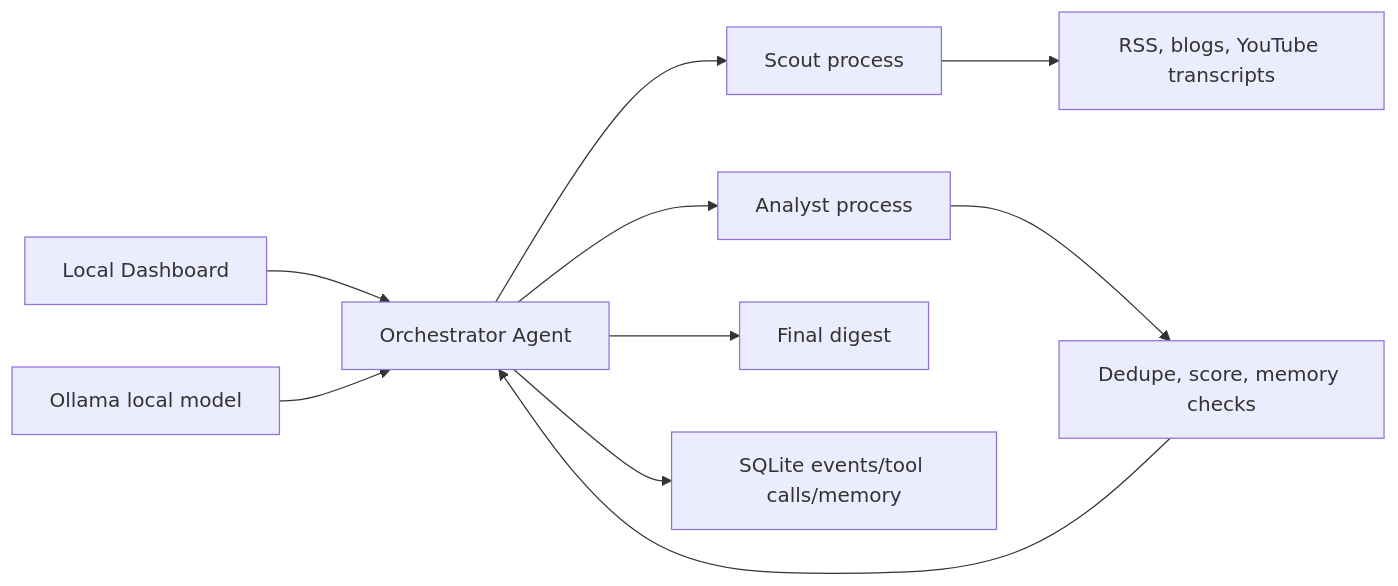
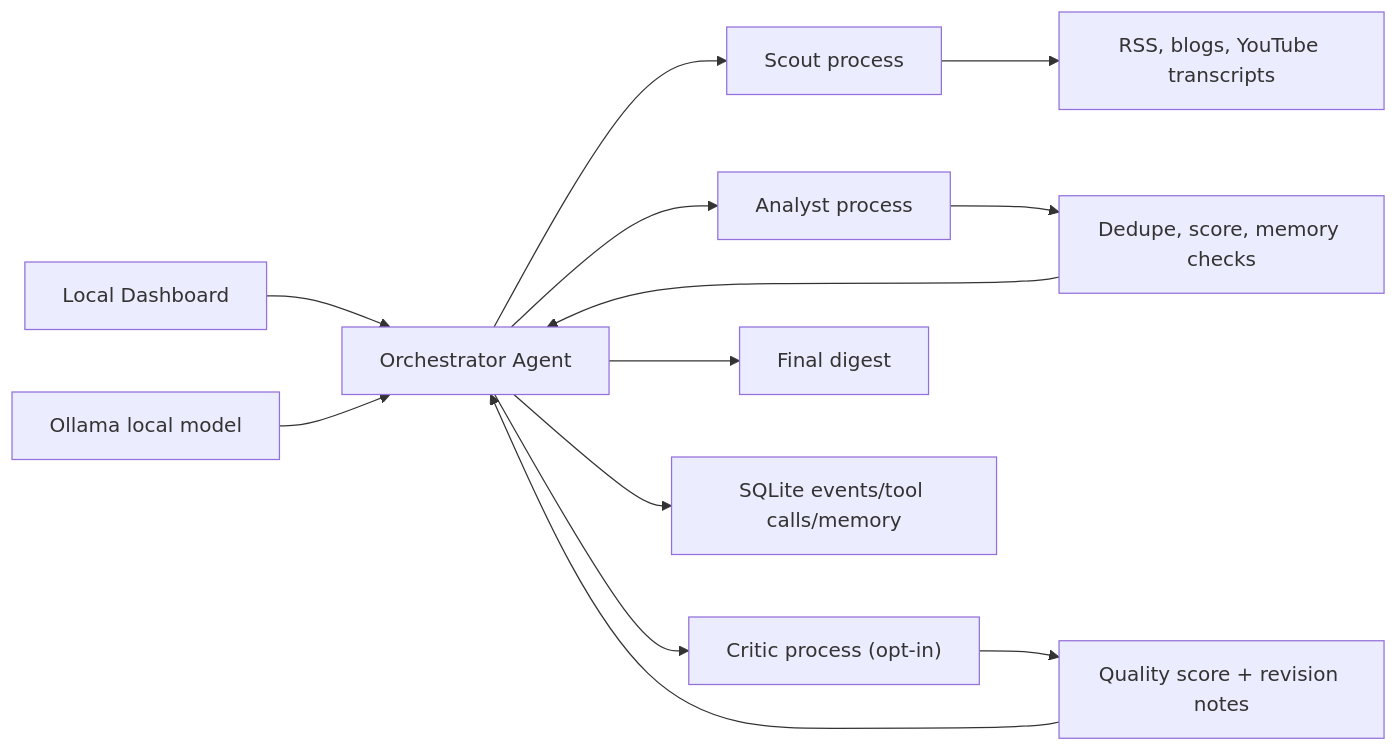
The diagram in docs/ARCHITECTURE.md (rrpichardo/signal), drawn with Mermaid before and after one commit. The commit also changed other lines of this file and 11 other files, not shown here.

````diff
--- a/docs/ARCHITECTURE.md
+++ b/docs/ARCHITECTURE.md
@@ -5,12 +5,15 @@
 ```mermaid
 flowchart LR
     A["Local Dashboard"] --> B["Orchestrator Agent"]
     B --> C["Scout process"]
     B --> D["Analyst process"]
+    B --> J["Critic process (opt-in)"]
     C --> E["RSS, blogs, YouTube transcripts"]
     D --> F["Dedupe, score, memory checks"]
     F --> B
+    J --> K["Quality score + revision notes"]
+    K --> B
     B --> G["Final digest"]
     B --> H["SQLite events/tool calls/memory"]
     I["Ollama local model"] --> B
 ```
````
